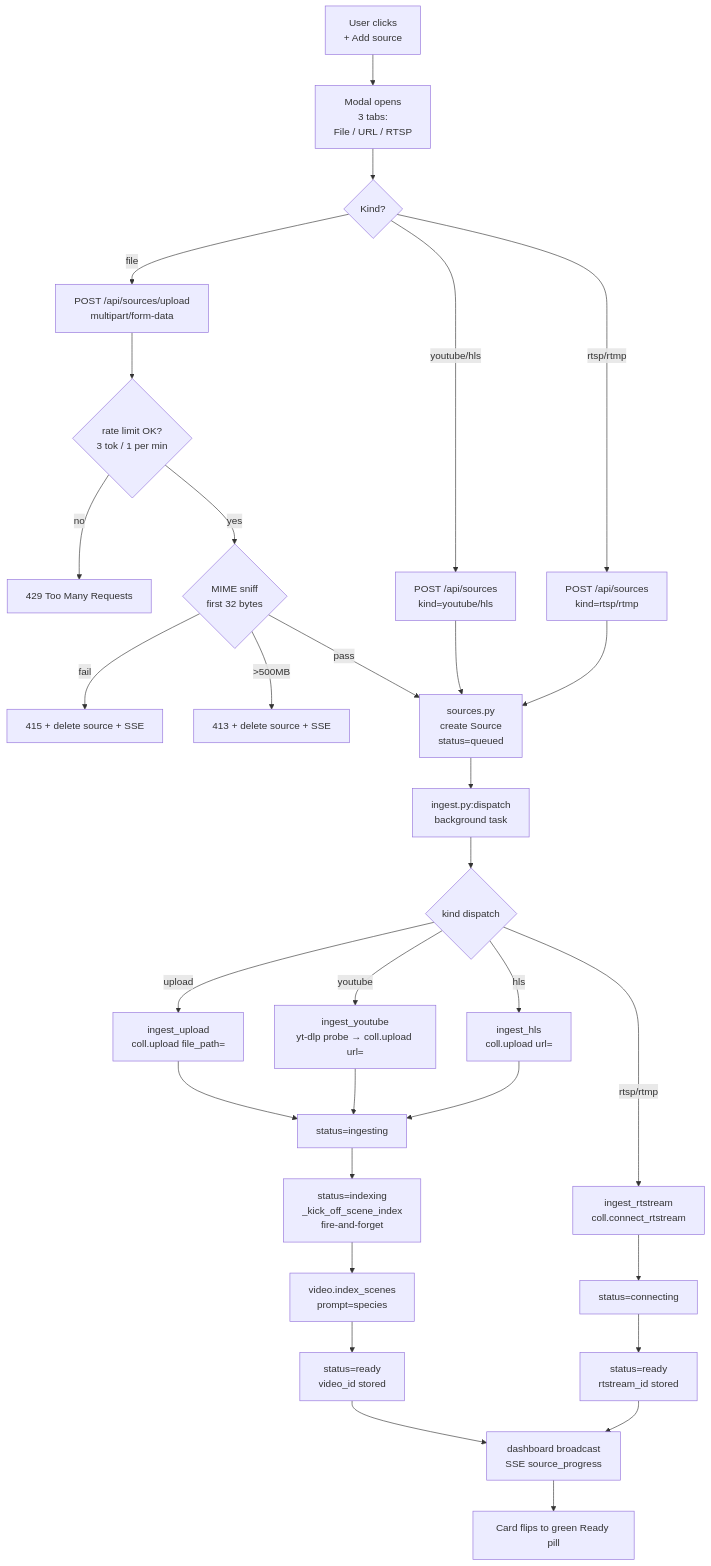
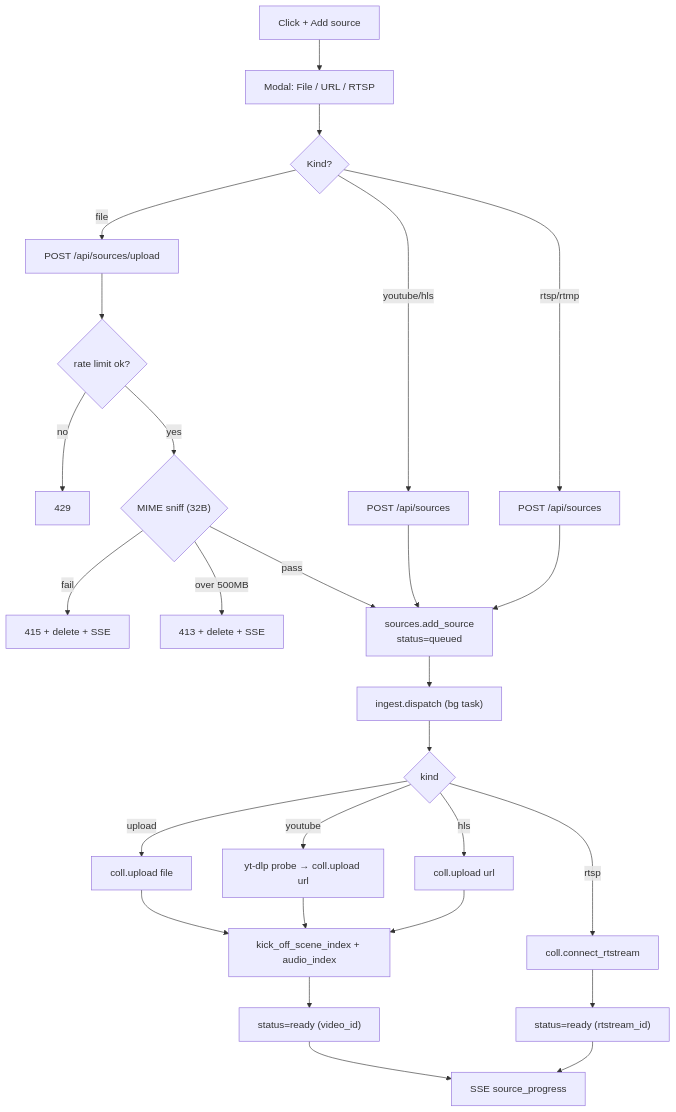
The second of 11 diagrams in docs/FEATURE_FLOWS.md (skalkii/wildwatch), drawn with Mermaid before and after one commit. The commit also changed other lines of this file and 1 other file, not shown here.

First line of the commit message:
docs: slim FEATURE_FLOWS + REPO_MAP, fix 2 broken Mermaid charts

````diff
--- a/docs/FEATURE_FLOWS.md
+++ b/docs/FEATURE_FLOWS.md
@@ -60,33 +47,29 @@
 ```mermaid
 flowchart TD
-    A[User clicks<br/>+ Add source] --> B[Modal opens<br/>3 tabs:<br/>File / URL / RTSP]
-    B --> C{Kind?}
-    C -->|file| D1[POST /api/sources/upload<br/>multipart/form-data]
-    C -->|youtube/hls| D2[POST /api/sources<br/>kind=youtube/hls]
-    C -->|rtsp/rtmp| D3[POST /api/sources<br/>kind=rtsp/rtmp]
-    D1 --> RL{rate limit OK?<br/>3 tok / 1 per min}
-    RL -->|no| RJ429[429 Too Many Requests]
-    RL -->|yes| MS{MIME sniff<br/>first 32 bytes}
-    MS -->|fail| RJ415[415 + delete source + SSE]
-    MS -->|>500MB| RJ413[413 + delete source + SSE]
-    MS -->|pass| E
-    D2 --> E[sources.py<br/>create Source<br/>status=queued]
+    A["Click + Add source"] --> B["Modal: File / URL / RTSP"]
+    B --> C{"Kind?"}
+    C -->|file| D1["POST /api/sources/upload"]
+    C -->|youtube/hls| D2["POST /api/sources"]
+    C -->|rtsp/rtmp| D3["POST /api/sources"]
+    D1 --> RL{"rate limit ok?"}
+    RL -->|no| RJ1["429"]
+    RL -->|yes| MS{"MIME sniff (32B)"}
+    MS -->|fail| RJ2["415 + delete + SSE"]
+    MS -->|over 500MB| RJ3["413 + delete + SSE"]
+    MS -->|pass| E["sources.add_source<br/>status=queued"]
+    D2 --> E
     D3 --> E
-    E --> F[ingest.py:dispatch<br/>background task]
-    F --> G{kind dispatch}
-    G -->|upload| H1[ingest_upload<br/>coll.upload file_path=]
-    G -->|youtube| H2[ingest_youtube<br/>yt-dlp probe → coll.upload url=]
-    G -->|hls| H3[ingest_hls<br/>coll.upload url=]
-    G -->|rtsp/rtmp| H4[ingest_rtstream<br/>coll.connect_rtstream]
-    H1 --> I1[status=ingesting]
-    H2 --> I1
-    H3 --> I1
-    H4 --> I2[status=connecting]
-    I1 --> AI1[status=indexing<br/>_kick_off_scene_index<br/>fire-and-forget]
-    AI1 --> AI2[video.index_scenes<br/>prompt=species]
-    AI2 --> J[status=ready<br/>video_id stored]
-    I2 --> J2[status=ready<br/>rtstream_id stored]
-    J --> K[dashboard broadcast<br/>SSE source_progress]
+    E --> F["ingest.dispatch (bg task)"]
+    F --> G{"kind"}
+    G -->|upload| H1["coll.upload file"]
+    G -->|youtube| H2["yt-dlp probe → coll.upload url"]
+    G -->|hls| H3["coll.upload url"]
+    G -->|rtsp| H4["coll.connect_rtstream"]
+    H1 --> AI1["kick_off_scene_index + audio_index"]
+    H2 --> AI1
+    H3 --> AI1
+    AI1 --> J["status=ready (video_id)"]
+    H4 --> J2["status=ready (rtstream_id)"]
+    J --> K["SSE source_progress"]
     J2 --> K
-    K --> L[Card flips to green Ready pill]
 ```
````
